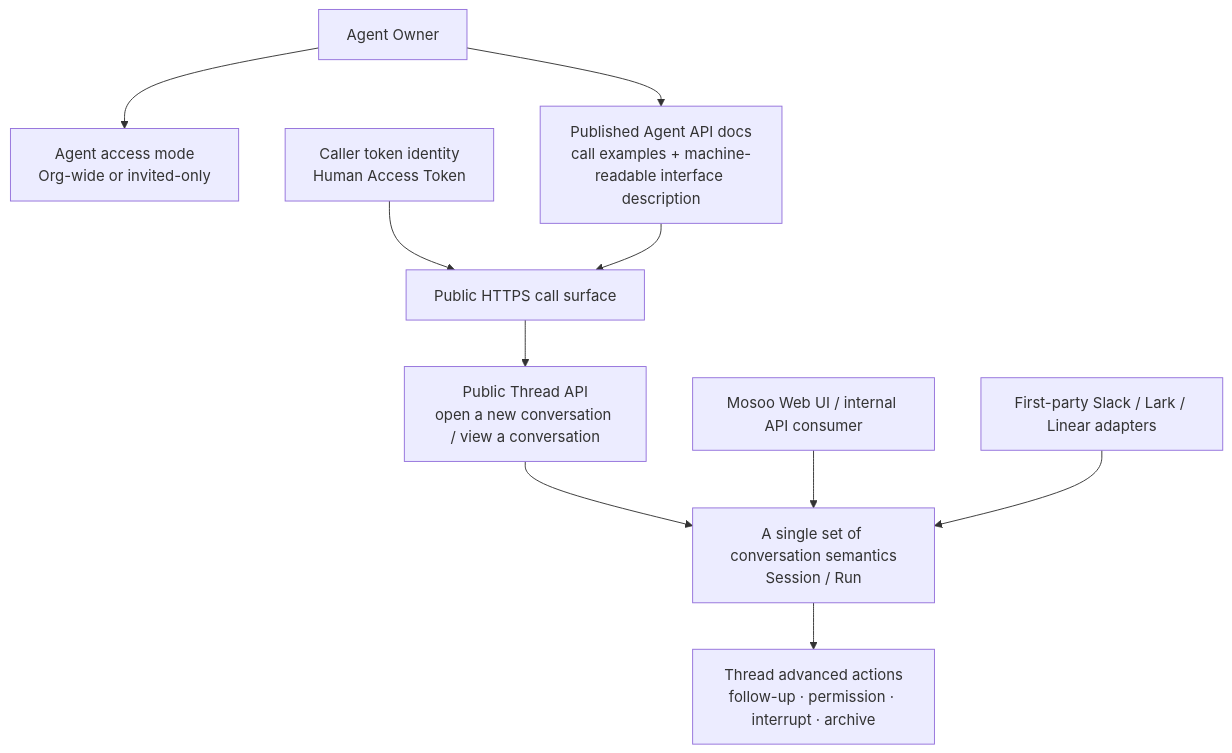
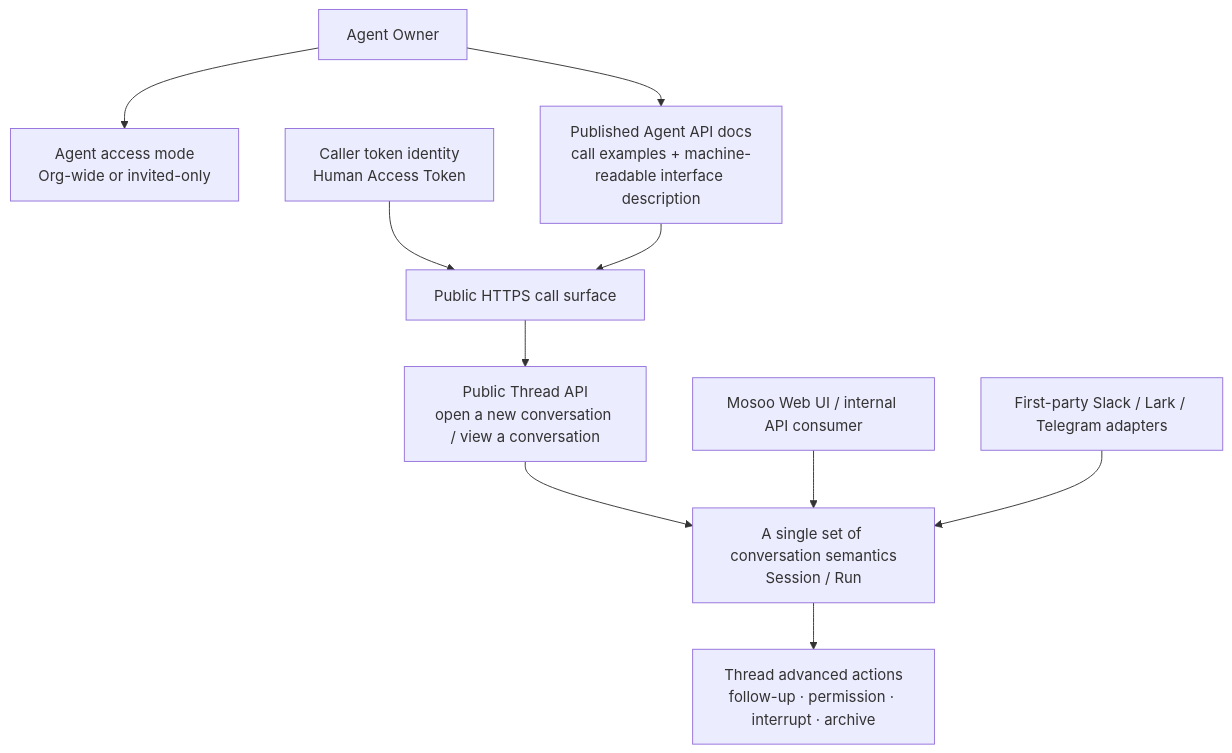
One commit to langgenius/mosoo changed the second of 2 diagrams in dev/prd/published-agent-api-surface.md. Above: the diagram before and after it, drawn with Mermaid. The commit also changed other lines of this file and 17 other files, not shown here.

````diff
--- a/dev/prd/published-agent-api-surface.md
+++ b/dev/prd/published-agent-api-surface.md
@@ -109,23 +109,23 @@
 ```mermaid
 flowchart TD
   Owner["Agent Owner"]
   Access["Agent access mode<br/>Org-wide or invited-only"]
   Docs["Published Agent API docs<br/>call examples + machine-readable interface description"]
   Token["Caller token identity<br/>Human Access Token"]
   PublicAPI["Public HTTPS call surface"]
   ThreadAPI["Public Thread API<br/>open a new conversation / view a conversation"]
   AppContract["A single set of conversation semantics<br/>Session / Run"]
   SessionAPI["Thread advanced actions<br/>follow-up · permission · interrupt · archive"]
   WebUI["Mosoo Web UI / internal API consumer"]
-  Adapters["First-party Slack / Lark / Linear adapters"]
+  Adapters["First-party Slack / Lark / Telegram adapters"]
 
   Owner --> Access
   Owner --> Docs
   Token --> PublicAPI
   Docs --> PublicAPI
   PublicAPI --> ThreadAPI
   ThreadAPI --> AppContract
   AppContract --> SessionAPI
   WebUI --> AppContract
   Adapters --> AppContract
 ```
````
